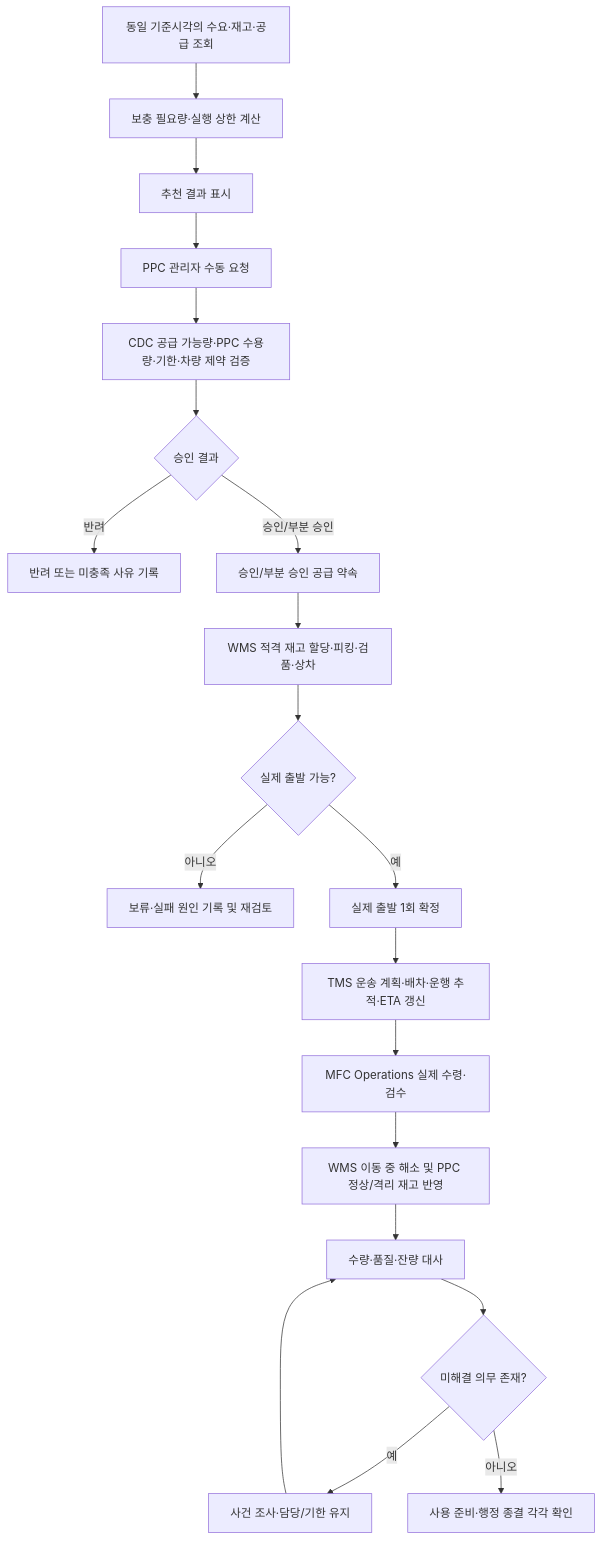
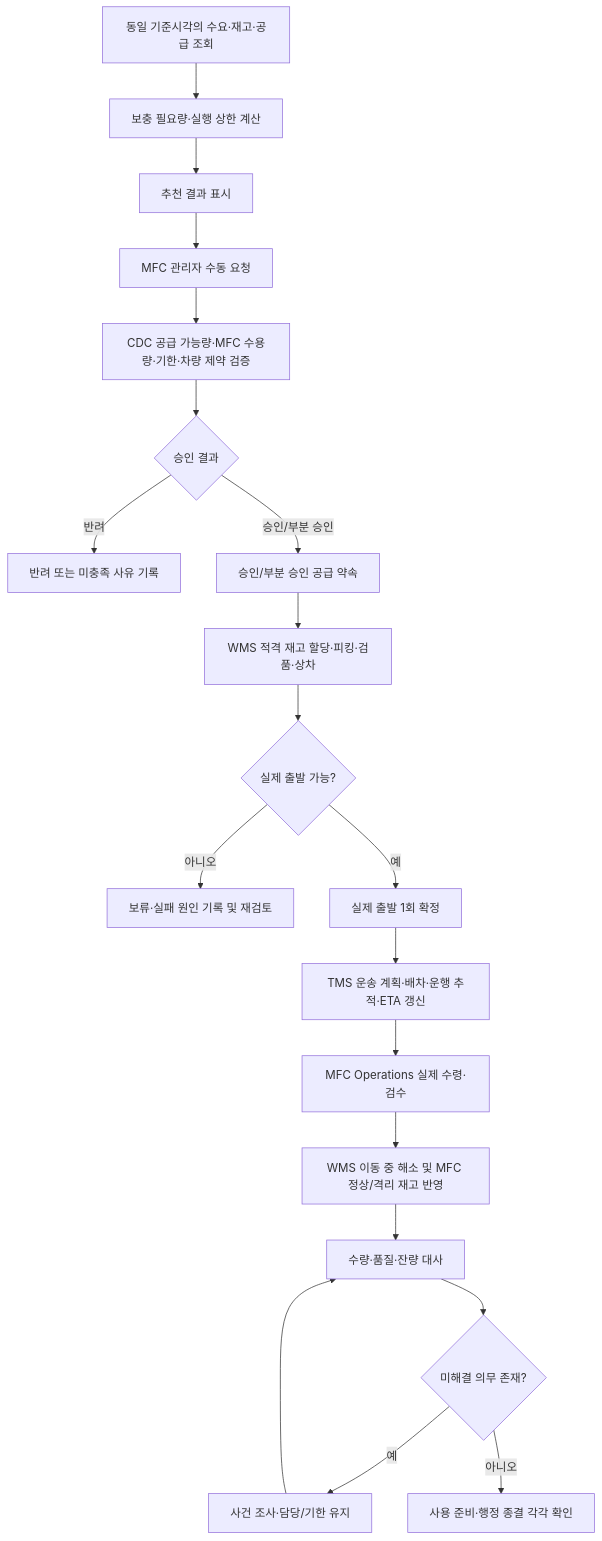
One commit to hsoh-collab/bmart-analysis changed the second of 6 diagrams in 03. v1-Logistics/TMS-SCM/TMS-business-logic-diagrams.md. Above: the diagram before and after it, drawn with Mermaid. The commit also changed other lines of this file and 3 other files, not shown here.

````diff
--- a/03. v1-Logistics/TMS-SCM/TMS-business-logic-diagrams.md
+++ b/03. v1-Logistics/TMS-SCM/TMS-business-logic-diagrams.md
@@ -40,29 +40,29 @@
 ```mermaid
 flowchart TD
     A[동일 기준시각의 수요·재고·공급 조회]
     B[보충 필요량·실행 상한 계산]
     C[추천 결과 표시]
-    D[PPC 관리자 수동 요청]
-    E[CDC 공급 가능량·PPC 수용량·기한·차량 제약 검증]
+    D[MFC 관리자 수동 요청]
+    E[CDC 공급 가능량·MFC 수용량·기한·차량 제약 검증]
     F{승인 결과}
     G[반려 또는 미충족 사유 기록]
     H[승인/부분 승인 공급 약속]
     I[WMS 적격 재고 할당·피킹·검품·상차]
     J{실제 출발 가능?}
     K[보류·실패 원인 기록 및 재검토]
     L[실제 출발 1회 확정]
     M[TMS 운송 계획·배차·운행 추적·ETA 갱신]
     N[MFC Operations 실제 수령·검수]
-    O[WMS 이동 중 해소 및 PPC 정상/격리 재고 반영]
+    O[WMS 이동 중 해소 및 MFC 정상/격리 재고 반영]
     P[수량·품질·잔량 대사]
     Q{미해결 의무 존재?}
     R[사건 조사·담당/기한 유지]
     S[사용 준비·행정 종결 각각 확인]
     A --> B --> C --> D --> E --> F
     F -- 반려 --> G
     F -- 승인/부분 승인 --> H --> I --> J
     J -- 아니오 --> K
     J -- 예 --> L --> M --> N --> O --> P --> Q
     Q -- 예 --> R --> P
     Q -- 아니오 --> S
 ```
````
